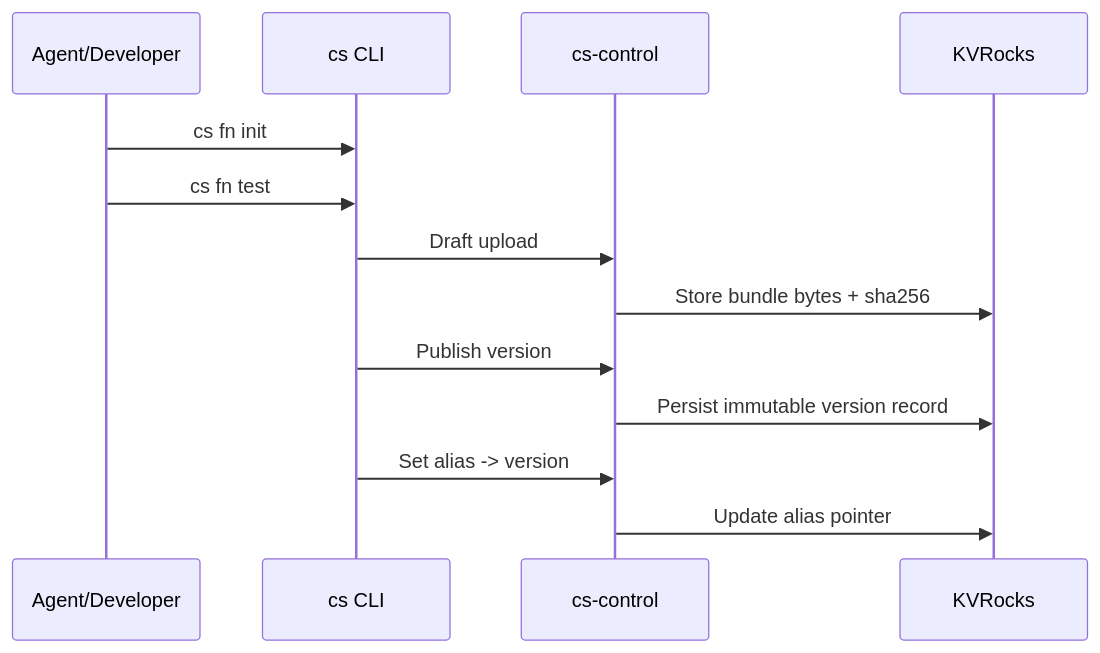
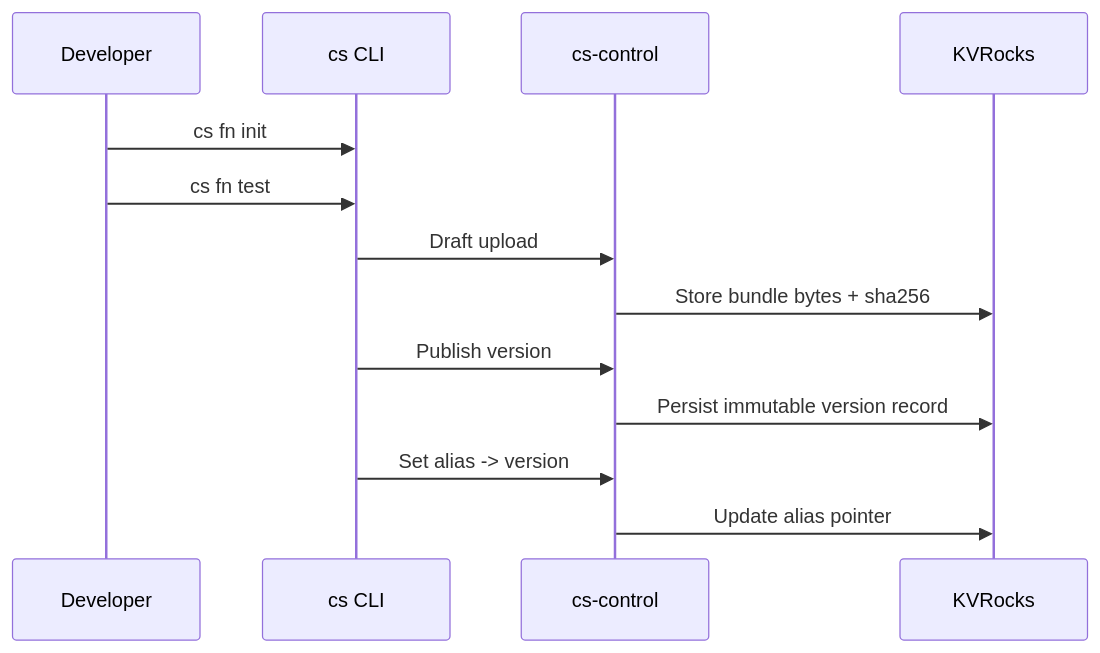
One commit to osvaldoandrade/sous changed the diagram in wiki/Use-Cases-Local-Dev-Publish-Promote.md. Above: the diagram before and after it, drawn with Mermaid. The commit also changed other lines of this file and 47 other files, not shown here.

````diff
--- a/wiki/Use-Cases-Local-Dev-Publish-Promote.md
+++ b/wiki/Use-Cases-Local-Dev-Publish-Promote.md
@@ -14,16 +14,16 @@
 ```mermaid
 sequenceDiagram
-  participant A as Agent/Developer
+  participant A as Developer
   participant CLI as cs CLI
   participant CP as cs-control
   participant KV as KVRocks
 
   A->>CLI: cs fn init
   A->>CLI: cs fn test
   CLI->>CP: Draft upload
   CP->>KV: Store bundle bytes + sha256
   CLI->>CP: Publish version
   CP->>KV: Persist immutable version record
   CLI->>CP: Set alias -> version
   CP->>KV: Update alias pointer
 ```
````
